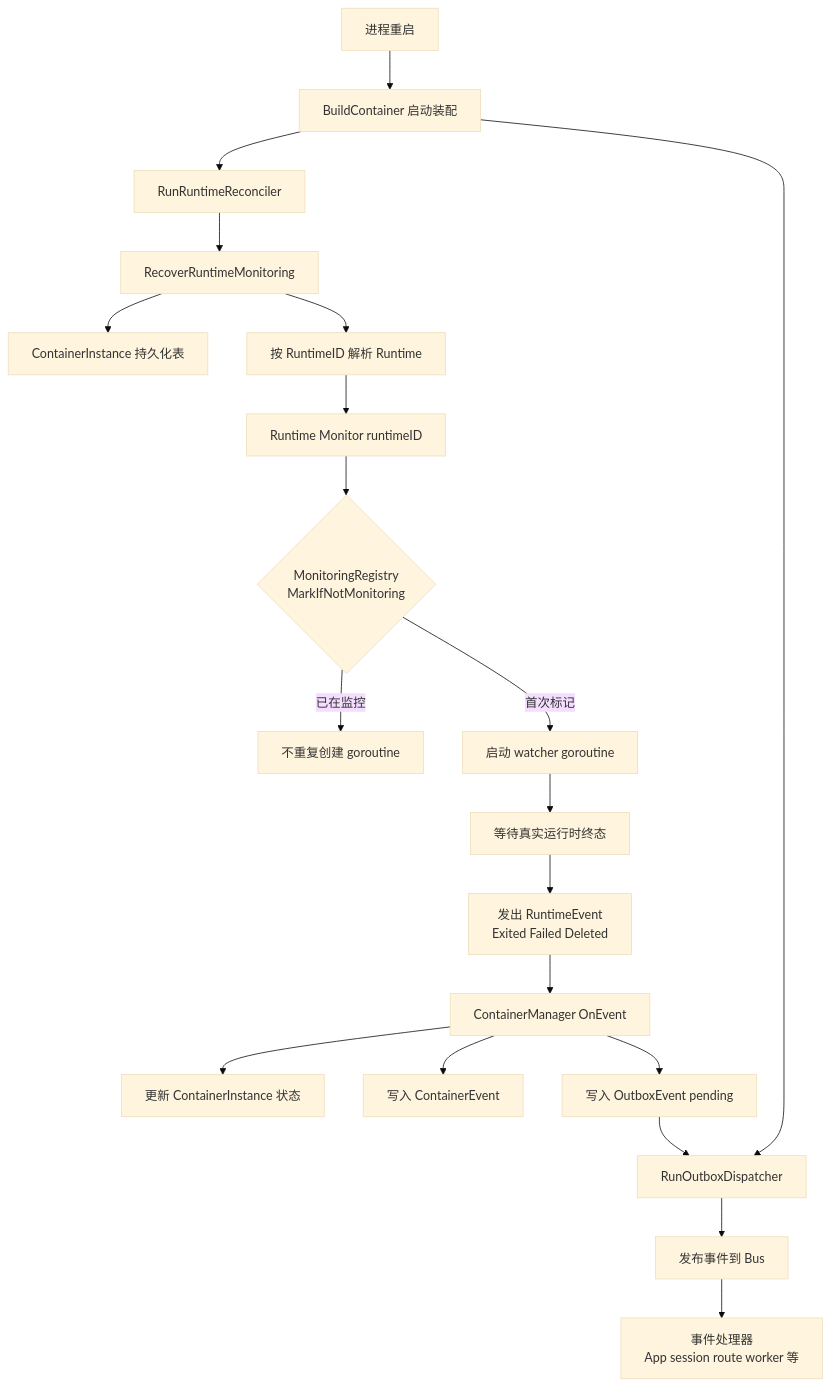
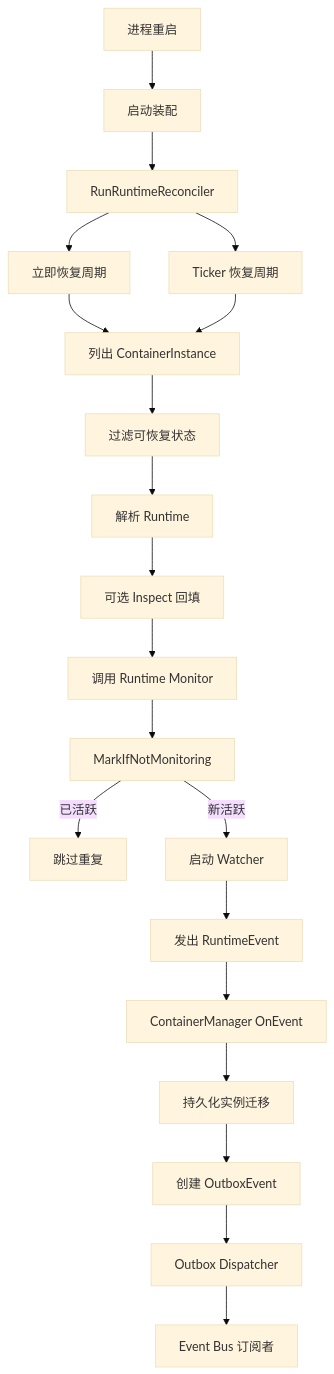
One commit to gobravedev/gobrave-doc changed the diagram in content/zh/docs/runtime-monitor-recovery.md. Above: the diagram before and after it, drawn with Mermaid (base theme). The commit also changed other lines of this file and 5 other files, not shown here.

Commit message:
Add documentation for Kubernetes runtime architecture and outbox dispatcher concurrency

````diff
--- a/content/zh/docs/runtime-monitor-recovery.md
+++ b/content/zh/docs/runtime-monitor-recovery.md
@@ -91,28 +114,27 @@
 ```mermaid
 flowchart TD
-    A[进程重启] --> B[BuildContainer 启动装配]
+    A[进程重启] --> B[启动装配]
+    B --> C[RunRuntimeReconciler]
 
-    B --> C[RunRuntimeReconciler]
-    C --> D[RecoverRuntimeMonitoring]
-    D --> E[ContainerInstance 持久化表]
-    D --> F[按 RuntimeID 解析 Runtime]
-    F --> G[Runtime Monitor runtimeID]
+    C --> D[立即恢复周期]
+    C --> E[Ticker 恢复周期]
 
-    G --> H{MonitoringRegistry\nMarkIfNotMonitoring}
-    H -->|已在监控| I[不重复创建 goroutine]
-    H -->|首次标记| J[启动 watcher goroutine]
+    D --> F[列出 ContainerInstance]
+    E --> F
 
-    J --> K[等待真实运行时终态]
-    K --> L[发出 RuntimeEvent\nExited Failed Deleted]
+    F --> G[过滤可恢复状态]
+    G --> H[解析 Runtime]
+    H --> I[可选 Inspect 回填]
+    I --> J[调用 Runtime Monitor]
 
-    L --> M[ContainerManager OnEvent]
-    M --> N[更新 ContainerInstance 状态]
-    M --> O[写入 ContainerEvent]
-    M --> P[写入 OutboxEvent pending]
+    J --> K[MarkIfNotMonitoring]
+    K -->|已活跃| L[跳过重复]
+    K -->|新活跃| M[启动 Watcher]
 
-    B --> Q[RunOutboxDispatcher]
-    Q --> R[发布事件到 Bus]
-    P --> Q
-
-    R --> S[事件处理器\nApp session route worker 等]
+    M --> N[发出 RuntimeEvent]
+    N --> O[ContainerManager OnEvent]
+    O --> P[持久化实例迁移]
+    P --> Q[创建 OutboxEvent]
+    Q --> R[Outbox Dispatcher]
+    R --> S[Event Bus 订阅者]
 ```
````
